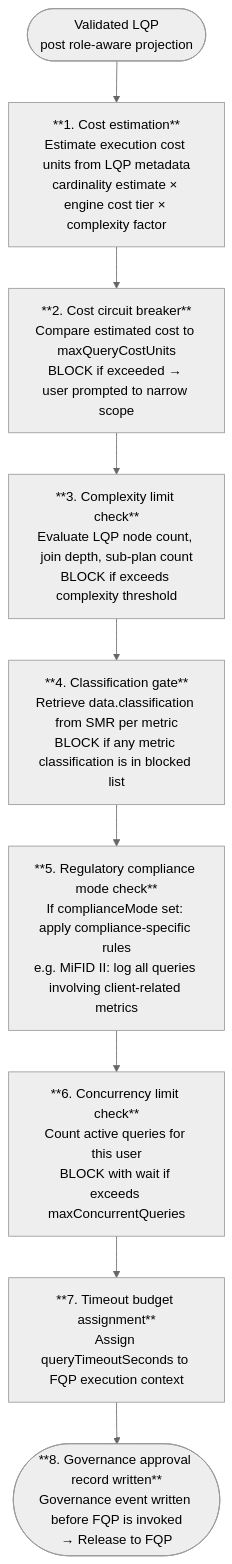
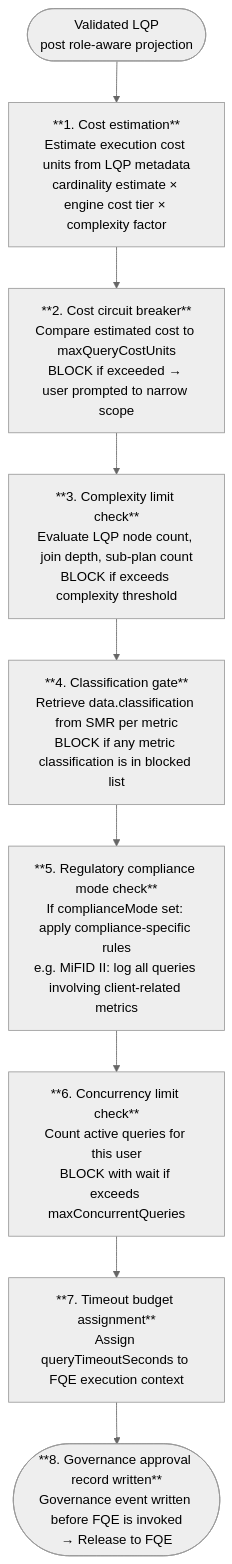
Before and after one commit to M-A-Operating-System/shared-work: the fifth of 6 diagrams in docs/product/analytics/02-core-capabilities.md, drawn with Mermaid (neutral theme). The commit also changed other lines of this file and 8 other files, not shown here.

````diff
--- a/docs/product/analytics/02-core-capabilities.md
+++ b/docs/product/analytics/02-core-capabilities.md
@@ -647,14 +647,14 @@
 ```mermaid
 flowchart TD
     START(["Validated LQP\npost role-aware projection"])
     S1["**1. Cost estimation**\nEstimate execution cost units from LQP metadata\ncardinality estimate × engine cost tier × complexity factor"]
     S2["**2. Cost circuit breaker**\nCompare estimated cost to maxQueryCostUnits\nBLOCK if exceeded → user prompted to narrow scope"]
     S3["**3. Complexity limit check**\nEvaluate LQP node count, join depth, sub-plan count\nBLOCK if exceeds complexity threshold"]
     S4["**4. Classification gate**\nRetrieve data.classification from SMR per metric\nBLOCK if any metric classification is in blocked list"]
     S5["**5. Regulatory compliance mode check**\nIf complianceMode set: apply compliance-specific rules\ne.g. MiFID II: log all queries involving client-related metrics"]
     S6["**6. Concurrency limit check**\nCount active queries for this user\nBLOCK with wait if exceeds maxConcurrentQueries"]
-    S7["**7. Timeout budget assignment**\nAssign queryTimeoutSeconds to FQP execution context"]
-    S8(["**8. Governance approval record written**\nGovernance event written before FQP is invoked\n→ Release to FQP"])
+    S7["**7. Timeout budget assignment**\nAssign queryTimeoutSeconds to FQE execution context"]
+    S8(["**8. Governance approval record written**\nGovernance event written before FQE is invoked\n→ Release to FQE"])
 
     START --> S1 --> S2 --> S3 --> S4 --> S5 --> S6 --> S7 --> S8
 ```
````
